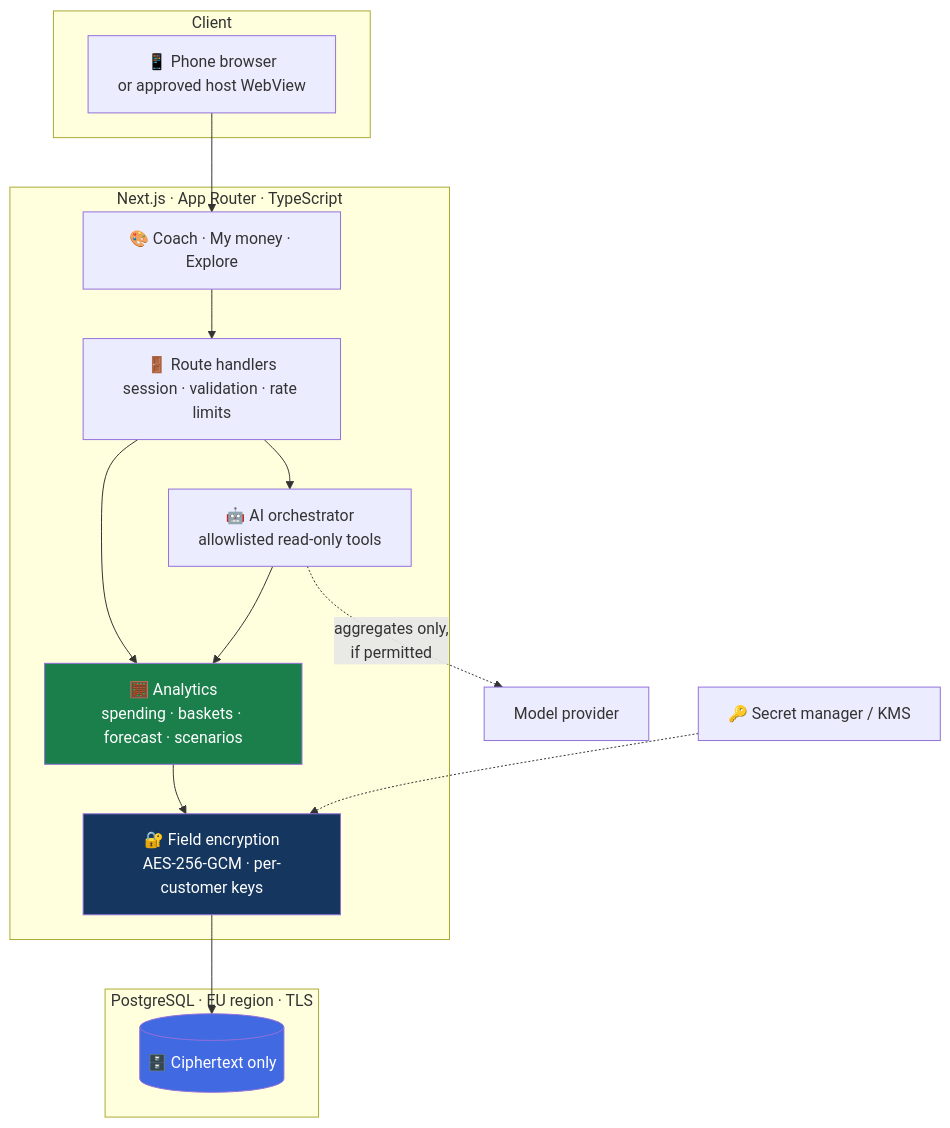
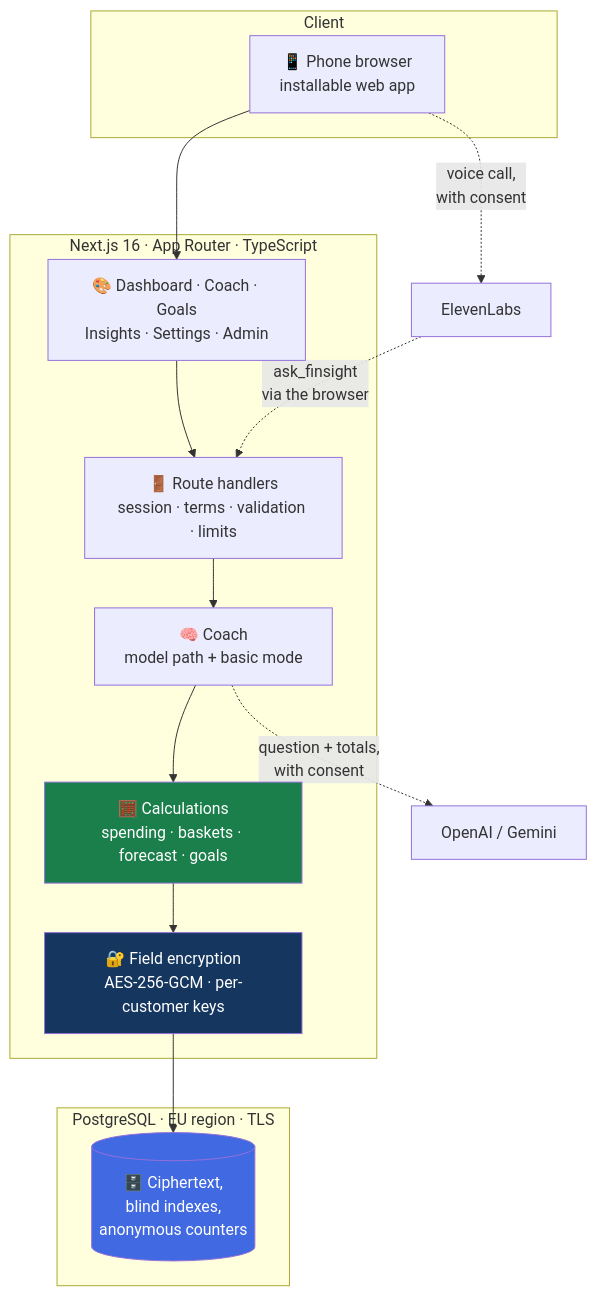
Before and after one commit to edarko265/FinSight-AI: the second of 3 diagrams in README.md, drawn with Mermaid. The commit also changed other lines of this file and 12 other files, not shown here.

````diff
--- a/README.md
+++ b/README.md
@@ -148,30 +151,27 @@
 ```mermaid
 flowchart TB
     subgraph client["Client"]
-        PHONE["📱 Phone browser<br/>or approved host WebView"]
+        PHONE["📱 Phone browser<br/>installable web app"]
     end
 
-    subgraph app["Next.js · App Router · TypeScript"]
-        UI["🎨 Coach · My money · Explore"]
-        API["🚪 Route handlers<br/>session · validation · rate limits"]
-        ANALYTICS["🧮 Analytics<br/>spending · baskets · forecast · scenarios"]
-        AI["🤖 AI orchestrator<br/>allowlisted read-only tools"]
+    subgraph app["Next.js 16 · App Router · TypeScript"]
+        UI["🎨 Dashboard · Coach · Goals<br/>Insights · Settings · Admin"]
+        API["🚪 Route handlers<br/>session · terms · validation · limits"]
+        COACH["🧠 Coach<br/>model path + basic mode"]
+        CALC["🧮 Calculations<br/>spending · baskets · forecast · goals"]
         CRYPTO["🔐 Field encryption<br/>AES-256-GCM · per-customer keys"]
     end
 
     subgraph data["PostgreSQL · EU region · TLS"]
-        DB[("🗄️ Ciphertext only")]
+        DB[("🗄️ Ciphertext,<br/>blind indexes,<br/>anonymous counters")]
     end
 
-    PHONE --> UI --> API
-    API --> ANALYTICS
-    API --> AI
-    AI --> ANALYTICS
-    ANALYTICS --> CRYPTO --> DB
-    AI -.->|aggregates only,<br/>if permitted| LLM["Model provider"]
-    KEYS["🔑 Secret manager / KMS"] -.-> CRYPTO
+    PHONE --> UI --> API --> COACH --> CALC --> CRYPTO --> DB
+    COACH -.->|question + totals,<br/>with consent| LLM["OpenAI / Gemini"]
+    PHONE -.->|voice call,<br/>with consent| EL["ElevenLabs"]
+    EL -.->|"ask_finsight"<br/>via the browser| API
 
-    style ANALYTICS fill:#1B7F4B,color:#fff
+    style CALC fill:#1B7F4B,color:#fff
     style CRYPTO fill:#15365F,color:#fff
     style DB fill:#4169E1,color:#fff
 ```
````
